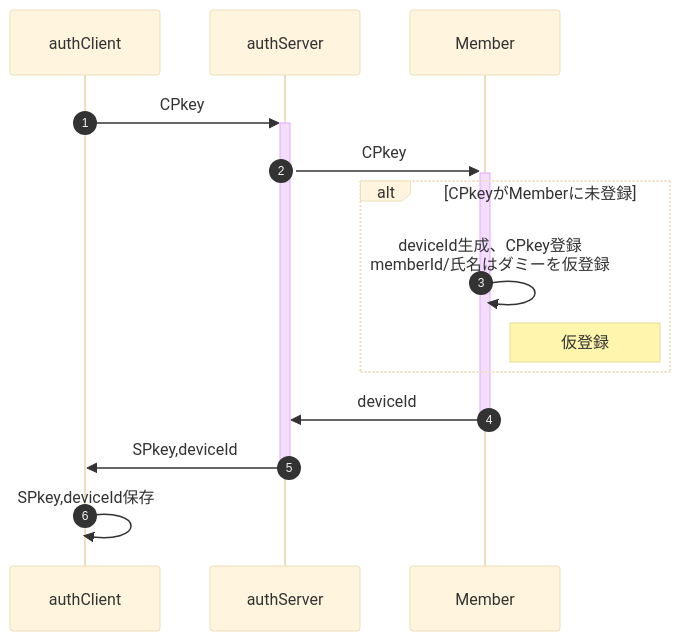
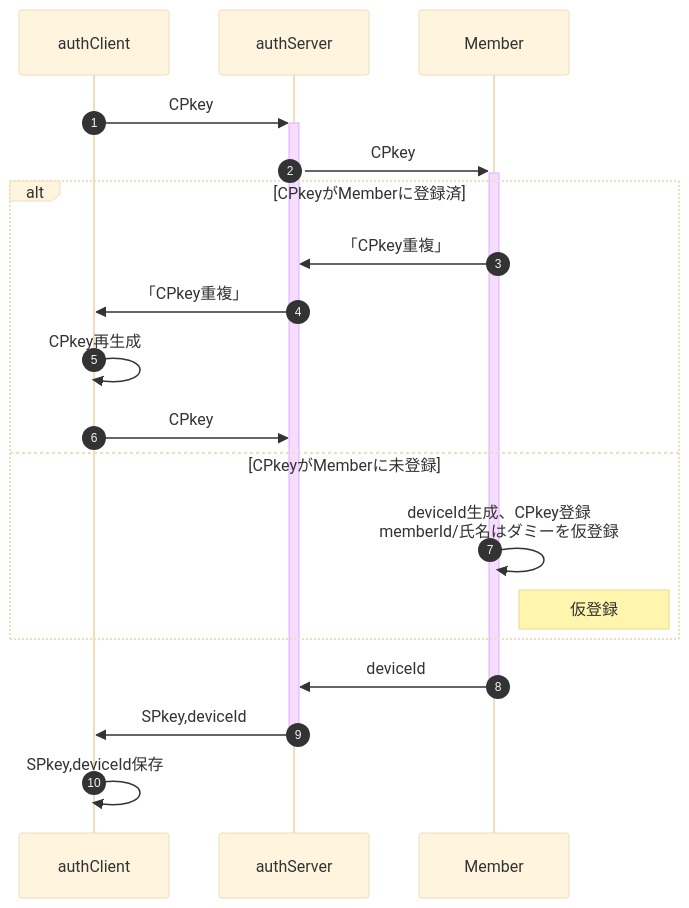
One commit to nakaone/library changed the second of 8 diagrams in underDev/Auth/src/doc/specification.md. Above: the diagram before and after it, drawn with Mermaid (base theme). The commit also changed other lines of this file and 1 other file, not shown here.

````diff
--- a/underDev/Auth/src/doc/specification.md
+++ b/underDev/Auth/src/doc/specification.md
@@ -246,29 +210,36 @@
 ```mermaid
 sequenceDiagram
   autonumber
   %%actor user
   %%participant localFunc
   %%participant clientMail
   %%participant IndexedDB
   %%participant cryptoClient
   participant authClient
   participant authServer
   %%participant cryptoServer
   participant Member
   %%participant serverFunc
   %%actor admin
 
   authClient->>+authServer: CPkey
   authServer->>+Member: CPkey
 
-  alt CPkeyがMemberに未登録
+  alt CPkeyがMemberに登録済
+
+    Member->>authServer: 「CPkey重複」
+    authServer->>authClient: 「CPkey重複」
+    authClient->>authClient: CPkey再生成
+    authClient->>authServer: CPkey
+
+  else CPkeyがMemberに未登録
 
     Member->>Member: deviceId生成、CPkey登録<br>memberId/氏名はダミーを仮登録
     Note right of Member: 仮登録
 
   end
 
   Member->>-authServer: deviceId
   authServer->>-authClient: SPkey,deviceId
   authClient->>authClient: SPkey,deviceId保存
 ```
````
